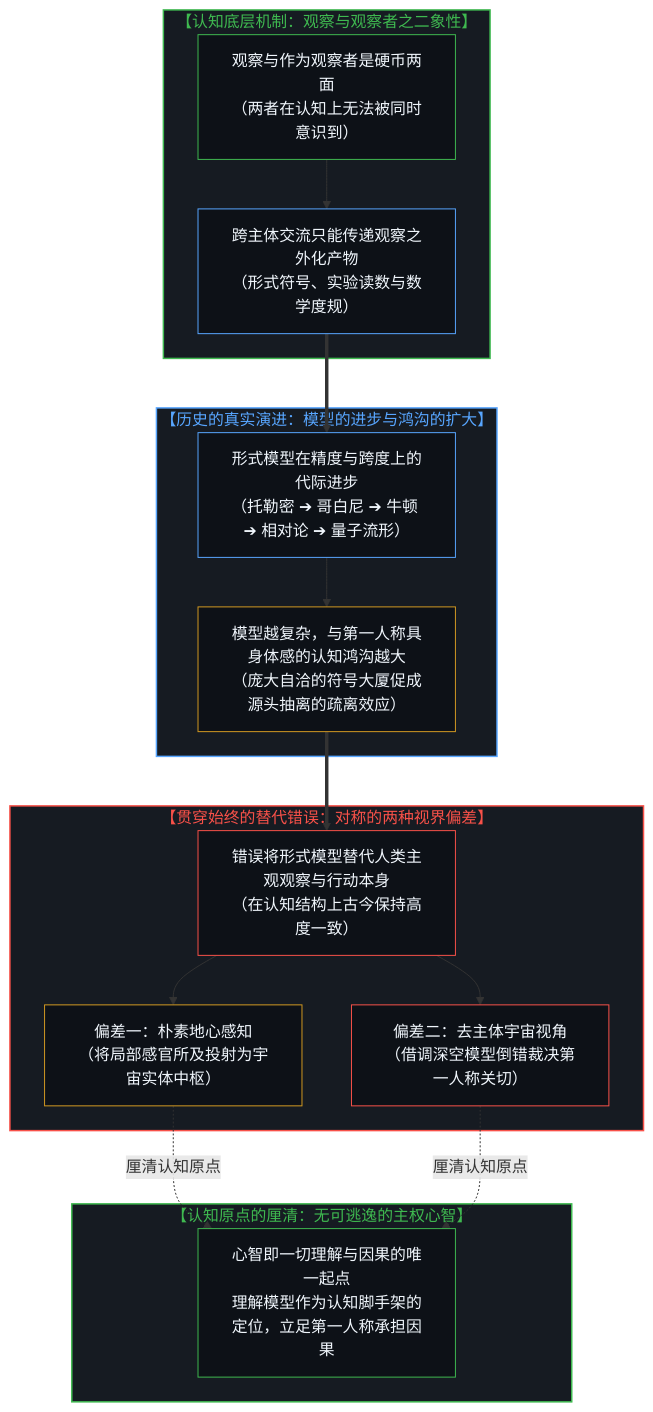
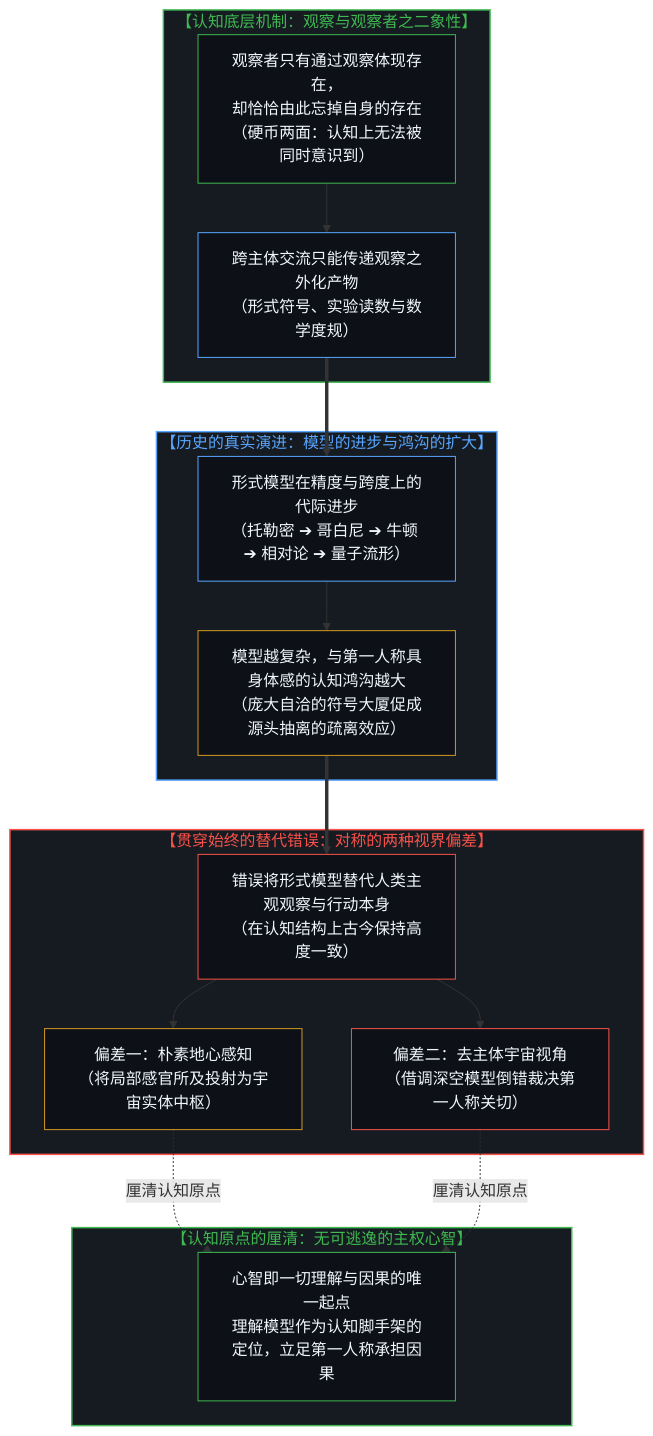
Before and after one commit to powerpig99/not-a-toe: the fifth of 8 diagrams in content/posts/one-cannot-escape-ones-own-mind.md, drawn with Mermaid. The commit also changed other lines of this file and 2 other files, not shown here.

Commit message:
Refine Post #332: Incorporate observer manifestation paradox into Section 3 and Diagram 3

````diff
--- a/content/posts/one-cannot-escape-ones-own-mind.md
+++ b/content/posts/one-cannot-escape-ones-own-mind.md
@@ -189,44 +189,44 @@
 ```mermaid
 flowchart TD
     subgraph S_CognitiveConstraint ["【认知底层机制：观察与观察者之二象性】"]
-        D1["观察与作为观察者是硬币两面<br/>（两者在认知上无法被同时意识到）"]
+        D1["观察者只有通过观察体现存在，<br/>却恰恰由此忘掉自身的存在<br/>（硬币两面：认知上无法被同时意识到）"]
         D2["跨主体交流只能传递观察之外化产物<br/>（形式符号、实验读数与数学度规）"]
         D1 --> D2
     end
 
     subgraph S_HistoricalProgress ["【历史的真实演进：模型的进步与鸿沟的扩大】"]
         P1["形式模型在精度与跨度上的代际进步<br/>（托勒密 ➔ 哥白尼 ➔ 牛顿 ➔ 相对论 ➔ 量子流形）"]
         P2["模型越复杂，与第一人称具身体感的认知鸿沟越大<br/>（庞大自洽的符号大厦促成源头抽离的疏离效应）"]
         P1 --> P2
     end
 
     subgraph S_InvariantError ["【贯穿始终的替代错误：对称的两种视界偏差】"]
         E1["错误将形式模型替代人类主观观察与行动本身<br/>（在认知结构上古今保持高度一致）"]
         T1["偏差一：朴素地心感知<br/>（将局部感官所及投射为宇宙实体中枢）"]
         T2["偏差二：去主体宇宙视角<br/>（借调深空模型倒错裁决第一人称关切）"]
         E1 --> T1
         E1 --> T2
     end
 
     subgraph S_SovereignReturn ["【认知原点的厘清：无可逃逸的主权心智】"]
         SR1["心智即一切理解与因果的唯一起点<br/>理解模型作为认知脚手架的定位，立足第一人称承担因果"]
     end
 
     D2 ==> P1
     P2 ==> E1
     T1 -.->|"厘清认知原点"| SR1
     T2 -.->|"厘清认知原点"| SR1
 
     style S_CognitiveConstraint fill:#161b22,stroke:#3fb950,stroke-width:1.5px,color:#3fb950
     style S_HistoricalProgress fill:#161b22,stroke:#58a6ff,stroke-width:1.5px,color:#58a6ff
     style S_InvariantError fill:#161b22,stroke:#f85149,stroke-width:1.5px,color:#f85149
     style S_SovereignReturn fill:#161b22,stroke:#3fb950,stroke-width:1.5px,color:#3fb950
     style D1 fill:#0d1117,stroke:#3fb950,stroke-width:1px,color:#f0f6fc
     style D2 fill:#0d1117,stroke:#58a6ff,stroke-width:1px,color:#f0f6fc
     style P1 fill:#0d1117,stroke:#58a6ff,stroke-width:1px,color:#f0f6fc
     style P2 fill:#0d1117,stroke:#d29922,stroke-width:1px,color:#f0f6fc
     style E1 fill:#0d1117,stroke:#f85149,stroke-width:1px,color:#f0f6fc
     style T1 fill:#0d1117,stroke:#d29922,stroke-width:1px,color:#f0f6fc
     style T2 fill:#0d1117,stroke:#f85149,stroke-width:1px,color:#f0f6fc
     style SR1 fill:#0d1117,stroke:#3fb950,stroke-width:1px,color:#f0f6fc
 ```
````
